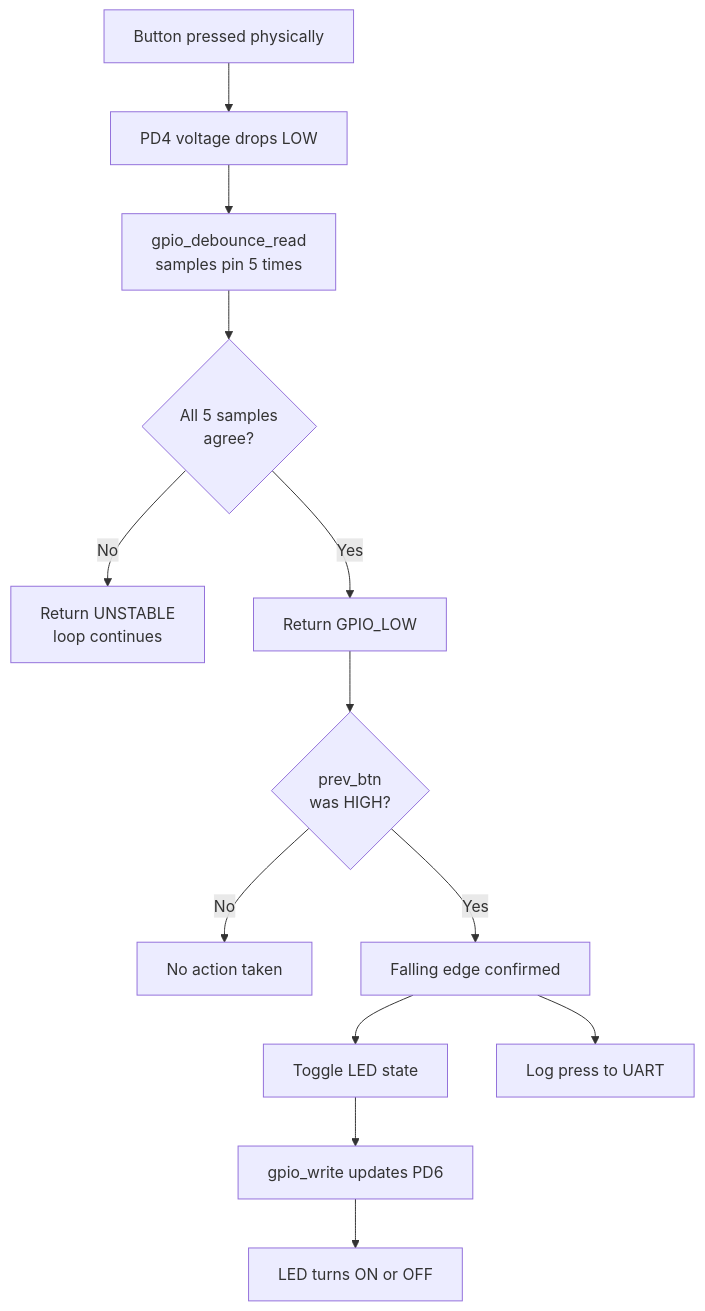
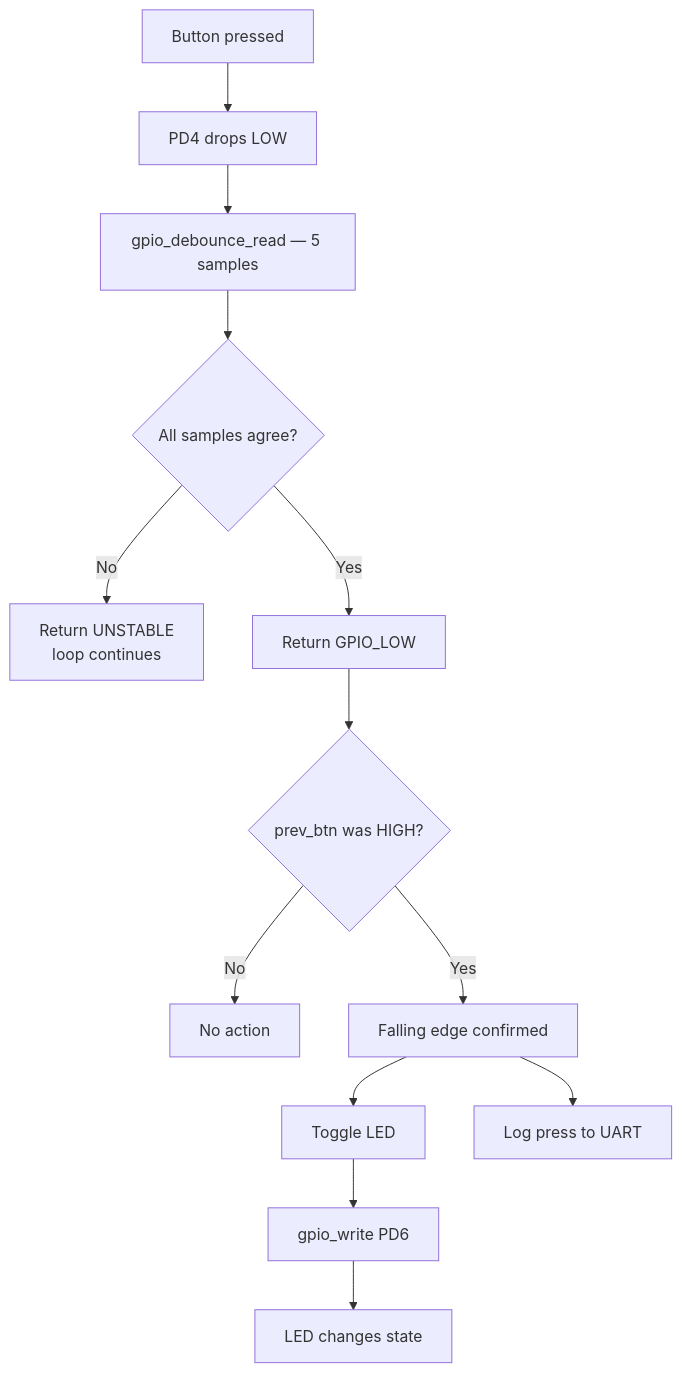
The second of 3 diagrams in task5/documentation/ARCHITECTURE.md (Russhi1/VSD-Squadron-Internship), drawn with Mermaid before and after one commit. The commit also changed other lines of this file and 4 other files, not shown here.

````diff
--- a/task5/documentation/ARCHITECTURE.md
+++ b/task5/documentation/ARCHITECTURE.md
@@ -121,27 +94,24 @@
 ```mermaid
 graph TD
-    B1["Button pressed physically"]
-    B2["PD4 voltage drops LOW"]
-    B3["gpio_debounce_read\nsamples pin 5 times"]
-    B4{"All 5 samples\nagree?"}
+    B1["Button pressed"]
+    B2["PD4 drops LOW"]
+    B3["gpio_debounce_read — 5 samples"]
+    B4{"All samples agree?"}
     B5["Return UNSTABLE\nloop continues"]
     B6["Return GPIO_LOW"]
-    B7{"prev_btn\nwas HIGH?"}
-    B8["No action taken"]
+    B7{"prev_btn was HIGH?"}
+    B8["No action"]
     B9["Falling edge confirmed"]
-    B10["Toggle LED state"]
+    B10["Toggle LED"]
     B11["Log press to UART"]
-    B12["gpio_write updates PD6"]
-    B13["LED turns ON or OFF"]
+    B12["gpio_write PD6"]
+    B13["LED changes state"]
 
     B1 --> B2 --> B3 --> B4
     B4 -->|"No"| B5
-    B4 -->|"Yes"| B6
-    B6 --> B7
+    B4 -->|"Yes"| B6 --> B7
     B7 -->|"No"| B8
     B7 -->|"Yes"| B9
-    B9 --> B10
+    B9 --> B10 --> B12 --> B13
     B9 --> B11
-    B10 --> B12
-    B12 --> B13
 ```
````
